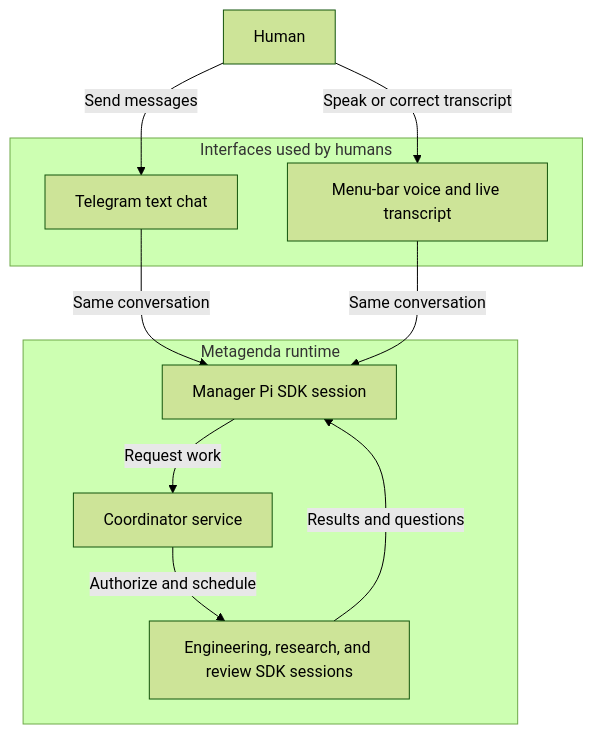
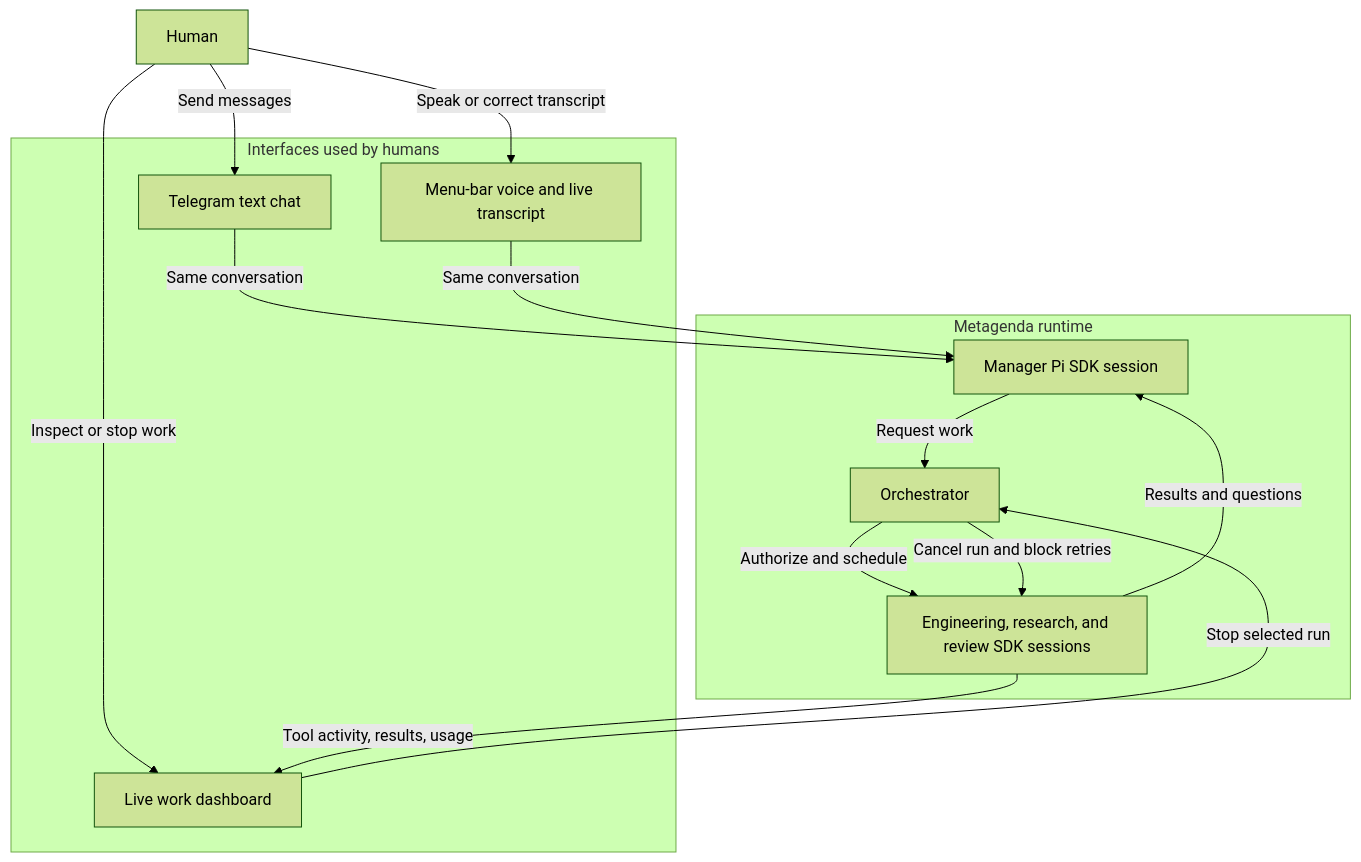
The first of 6 diagrams in SPEC.md (dataclique/metagenda), drawn with Mermaid (forest theme) before and after one commit. The commit also changed other lines of this file, not shown here.

Commit message:
combine conversation and controls in one overview

````diff
--- a/SPEC.md
+++ b/SPEC.md
@@ -77,20 +77,25 @@
 ```mermaid
 flowchart TB
     Human[Human]
     subgraph Interfaces[Interfaces used by humans]
         Telegram[Telegram text chat]
         Voice[Menu-bar voice and live transcript]
+        Dashboard[Live work dashboard]
     end
     subgraph Runtime[Metagenda runtime]
         Manager[Manager Pi SDK session]
-        Coordinator[Coordinator service]
+        Coordinator[Orchestrator]
         Workers[Engineering, research, and review SDK sessions]
     end
     Human -->|Send messages| Telegram
     Human -->|Speak or correct transcript| Voice
     Telegram -->|Same conversation| Manager
     Voice -->|Same conversation| Manager
     Manager -->|Request work| Coordinator
     Coordinator -->|Authorize and schedule| Workers
     Workers -->|Results and questions| Manager
+    Human -->|Inspect or stop work| Dashboard
+    Dashboard -->|Stop selected run| Coordinator
+    Coordinator -->|Cancel run and block retries| Workers
+    Workers -->|Tool activity, results, usage| Dashboard
 ```
````
